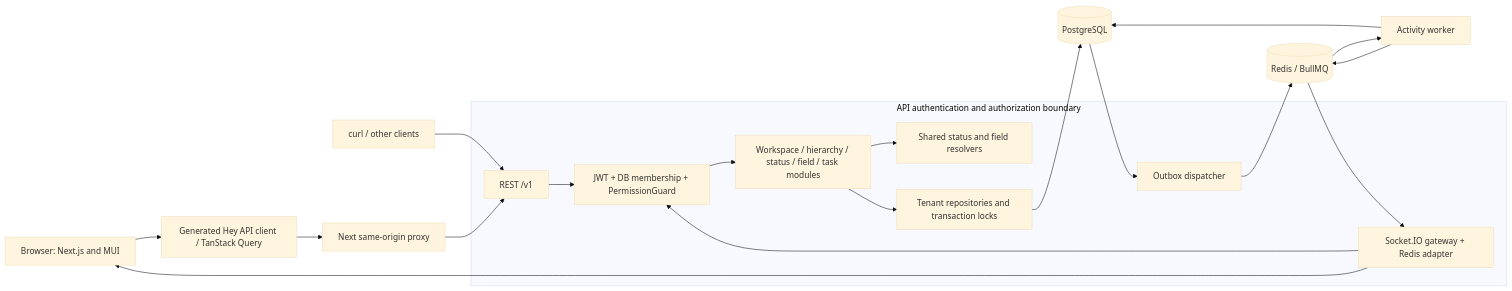
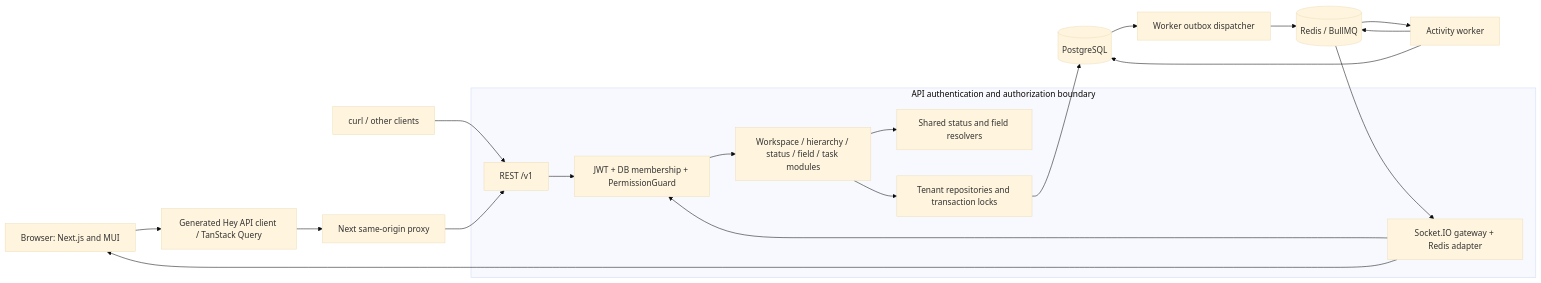
One commit to ashvir99260/flowboard changed the first of 2 diagrams in README.md. Above: the diagram before and after it, drawn with Mermaid (base theme). The commit also changed other lines of this file and 20 other files, not shown here.

````diff
--- a/README.md
+++ b/README.md
@@ -49,23 +49,22 @@
 ```mermaid
 flowchart LR
   Browser[Browser: Next.js and MUI] --> Client[Generated Hey API client / TanStack Query]
   Curl[curl / other clients] --> REST[REST /v1]
   Client --> Proxy[Next same-origin proxy]
   Proxy --> REST
   subgraph Boundary[API authentication and authorization boundary]
     REST --> Guards[JWT + DB membership + PermissionGuard]
     Guards --> Features[Workspace / hierarchy / status / field / task modules]
     Features --> Resolve[Shared status and field resolvers]
     Features --> Repos[Tenant repositories and transaction locks]
     Socket[Socket.IO gateway + Redis adapter] --> Guards
-    Outbox[Outbox dispatcher]
   end
   Repos --> DB[(PostgreSQL)]
-  DB --> Outbox
+  DB --> Outbox[Worker outbox dispatcher]
   Outbox --> Redis[(Redis / BullMQ)]
   Redis --> Worker[Activity worker]
   Worker --> DB
   Worker --> Redis
   Redis --> Socket
   Socket --> Browser
 ```
````
